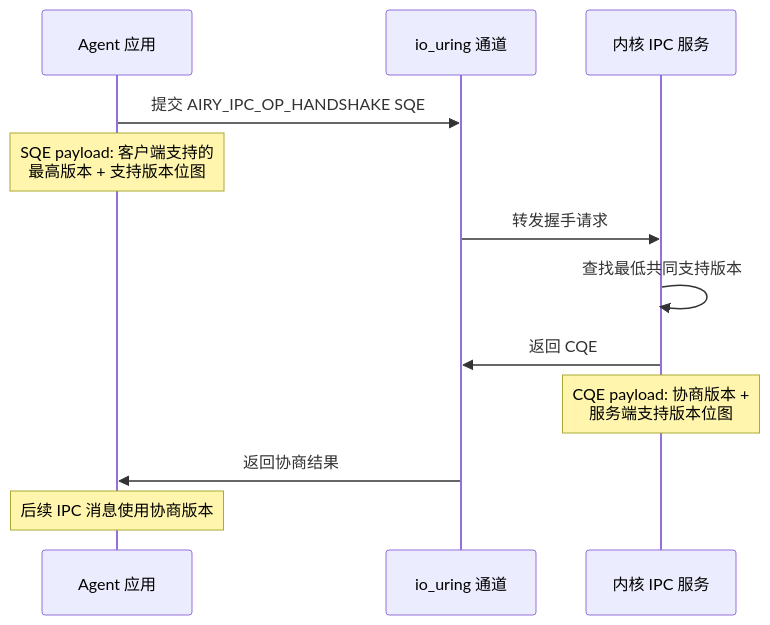
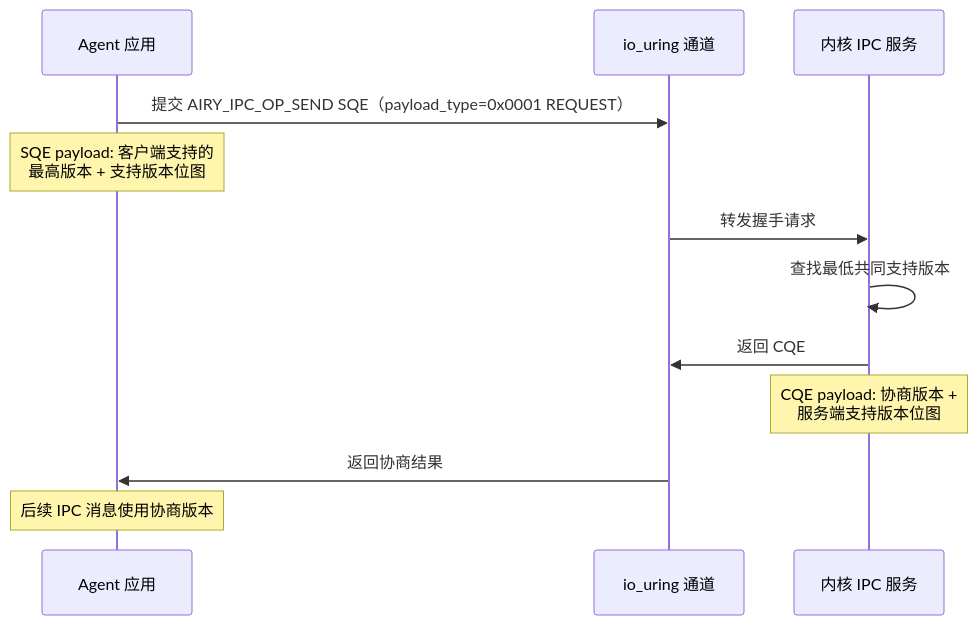
One commit to openairymax/docs-linux changed the first of 4 diagrams in 160-compatibility/04-ipc-versioning.md. Above: the diagram before and after it, drawn with Mermaid. The commit also changed other lines of this file and 72 other files, not shown here.

````diff
--- a/160-compatibility/04-ipc-versioning.md
+++ b/160-compatibility/04-ipc-versioning.md
@@ -150,15 +152,15 @@
 ```mermaid
 sequenceDiagram
     participant APP as Agent 应用
     participant URING as io_uring 通道
     participant KERN as 内核 IPC 服务
 
-    APP->>URING: 提交 AIRY_IPC_OP_HANDSHAKE SQE
+    APP->>URING: 提交 AIRY_IPC_OP_SEND SQE（payload_type=0x0001 REQUEST）
     Note over APP: SQE payload: 客户端支持的<br/>最高版本 + 支持版本位图
     URING->>KERN: 转发握手请求
     KERN->>KERN: 查找最低共同支持版本
     KERN->>URING: 返回 CQE
     Note over KERN: CQE payload: 协商版本 +<br/>服务端支持版本位图
     URING->>APP: 返回协商结果
     Note over APP: 后续 IPC 消息使用协商版本
 ```
````
